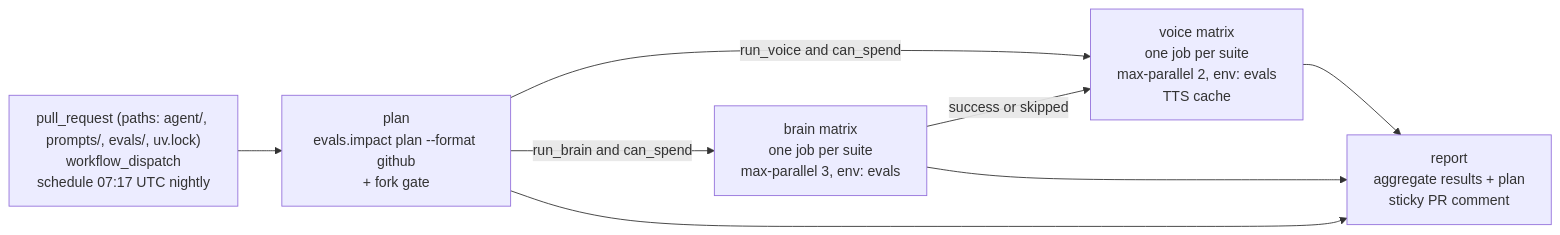
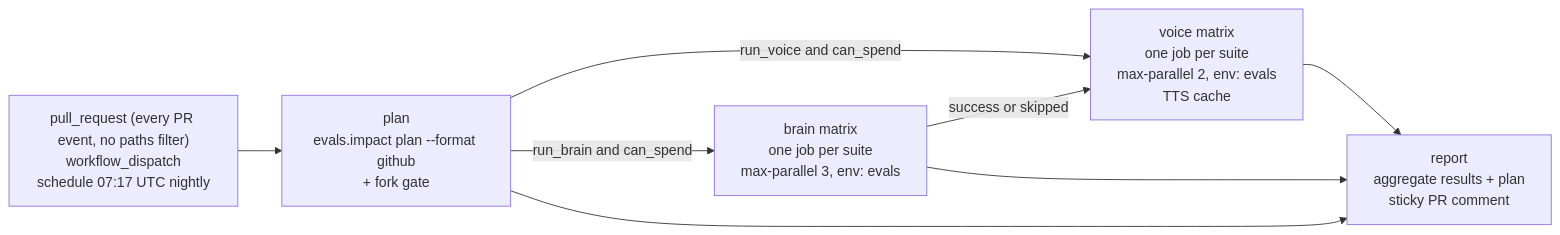
Before and after one commit to andreasbloomquist/gpt-live-demo: the fifth of 5 diagrams in docs/evals.md, drawn with Mermaid. The commit also changed other lines of this file, not shown here.

First line of the commit message:
Update evals docs for routing, pass^2, and workflow trigger changes

````diff
--- a/docs/evals.md
+++ b/docs/evals.md
@@ -633,10 +660,10 @@
 ```mermaid
 flowchart LR
-    Trig["pull_request (paths: agent/, prompts/, evals/, uv.lock)<br/>workflow_dispatch<br/>schedule 07:17 UTC nightly"] --> Plan
+    Trig["pull_request (every PR event, no paths filter)<br/>workflow_dispatch<br/>schedule 07:17 UTC nightly"] --> Plan
     Plan["plan<br/>evals.impact plan --format github<br/>+ fork gate"] -- "run_brain and can_spend" --> Brain
     Plan -- "run_voice and can_spend" --> Voice
     Brain["brain matrix<br/>one job per suite<br/>max-parallel 3, env: evals"] -- "success or skipped" --> Voice
     Voice["voice matrix<br/>one job per suite<br/>max-parallel 2, env: evals<br/>TTS cache"] --> Report
     Brain --> Report
     Plan --> Report["report<br/>aggregate results + plan<br/>sticky PR comment"]
 ```
````
